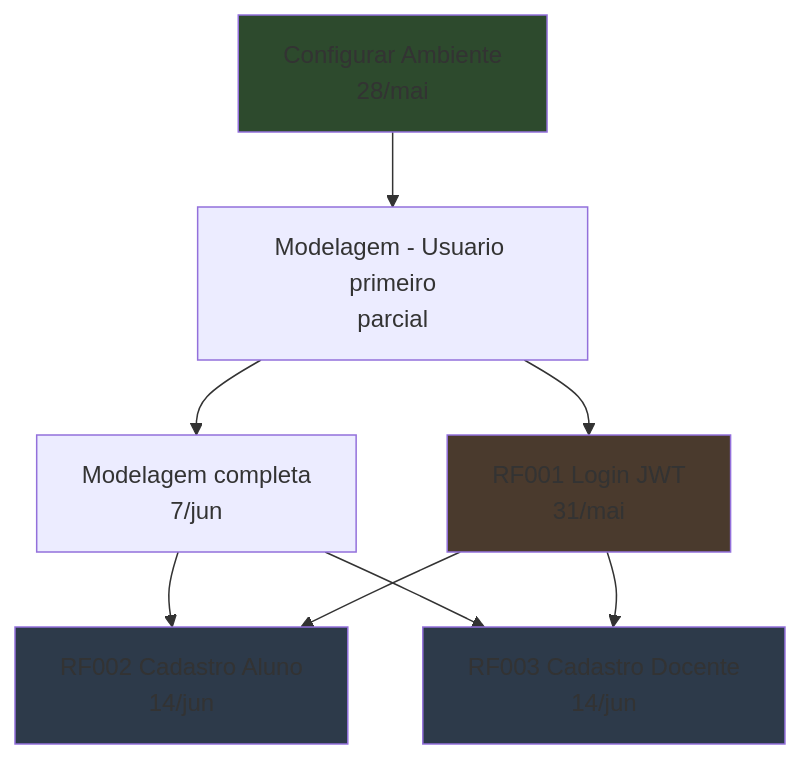
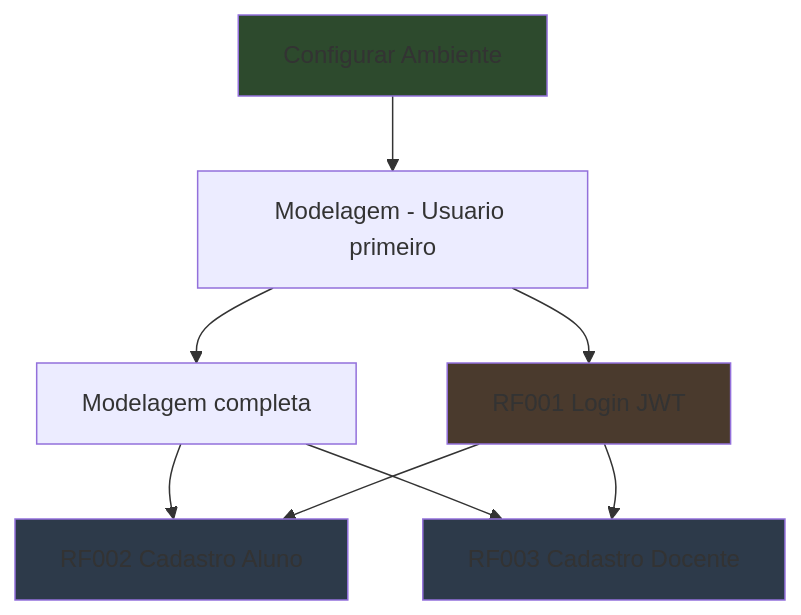
Before and after one commit to Fernando-Roque-Original/cofre-pos: the diagram in content/01 - Planejamento/Como começar - Sprint 1.md, drawn with Mermaid. The commit also changed other lines of this file and 8 other files, not shown here.

````diff
--- a/content/01 - Planejamento/Como começar - Sprint 1.md
+++ b/content/01 - Planejamento/Como começar - Sprint 1.md
@@ -41,15 +20,15 @@
 ```mermaid
 flowchart TD
-    A[Configurar Ambiente<br/>28/mai] --> B[Modelagem - Usuario primeiro<br/>parcial]
-    B --> C[RF001 Login JWT<br/>31/mai]
-    B --> D[Modelagem completa<br/>7/jun]
-    D --> E[RF002 Cadastro Aluno<br/>14/jun]
-    D --> F[RF003 Cadastro Docente<br/>14/jun]
+    A[Configurar Ambiente] --> B[Modelagem - Usuario primeiro]
+    B --> C[RF001 Login JWT]
+    B --> D[Modelagem completa]
+    D --> E[RF002 Cadastro Aluno]
+    D --> F[RF003 Cadastro Docente]
     C --> E
     C --> F
 
     style A fill:#2d4a2d
     style C fill:#4a3a2d
     style E fill:#2d3a4a
     style F fill:#2d3a4a
 ```
````
